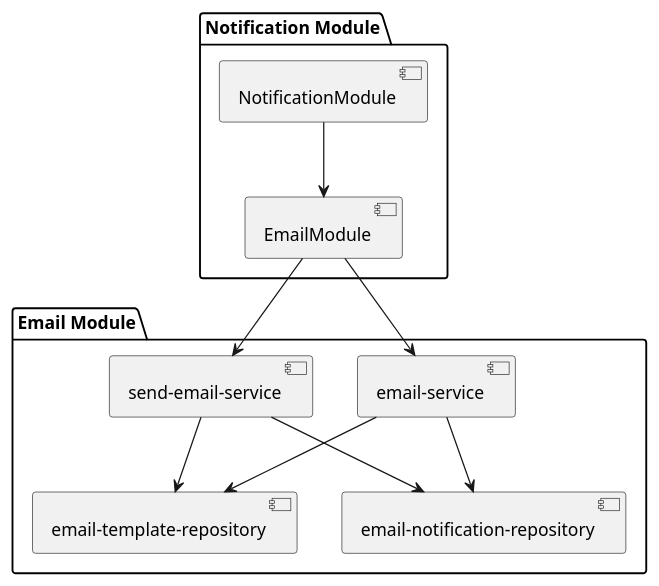
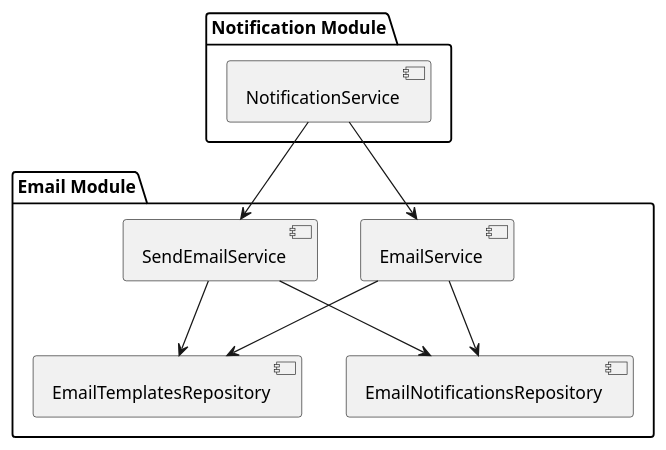
The diagram in docs/diagrams/notification/notification-system-with-email.puml (Joazen544/house-cowork-architecture), drawn with PlantUML before and after one commit.

Commit message:
feat: draw out the usage between services

```diff
--- a/docs/diagrams/notification/notification-system-with-email.puml
+++ b/docs/diagrams/notification/notification-system-with-email.puml
@@ -1,21 +1,16 @@
 @startuml notification-system-with-email
 
 package "Notification Module" {
-    [NotificationModule] --> [EmailModule]
+  [NotificationService]
 }
 
 package "Email Module" {
-    [email-service]
-    [send-email-service]
-    [email-template-repository]
-    [email-notification-repository]
-
-    [EmailModule] -down-> [email-service]
-    [EmailModule] -down-> [send-email-service]
-    [email-service] --> [email-template-repository]
-    [email-service] --> [email-notification-repository]
-    [send-email-service] --> [email-notification-repository]
-    [send-email-service] --> [email-template-repository]
+  [EmailService] --> [EmailTemplatesRepository]
+  [EmailService] --> [EmailNotificationsRepository]
+  [SendEmailService] --> [EmailTemplatesRepository]
+  [SendEmailService] --> [EmailNotificationsRepository]
 }
 
+[NotificationService] --> [EmailService]
+[NotificationService] --> [SendEmailService]
 @enduml
```
